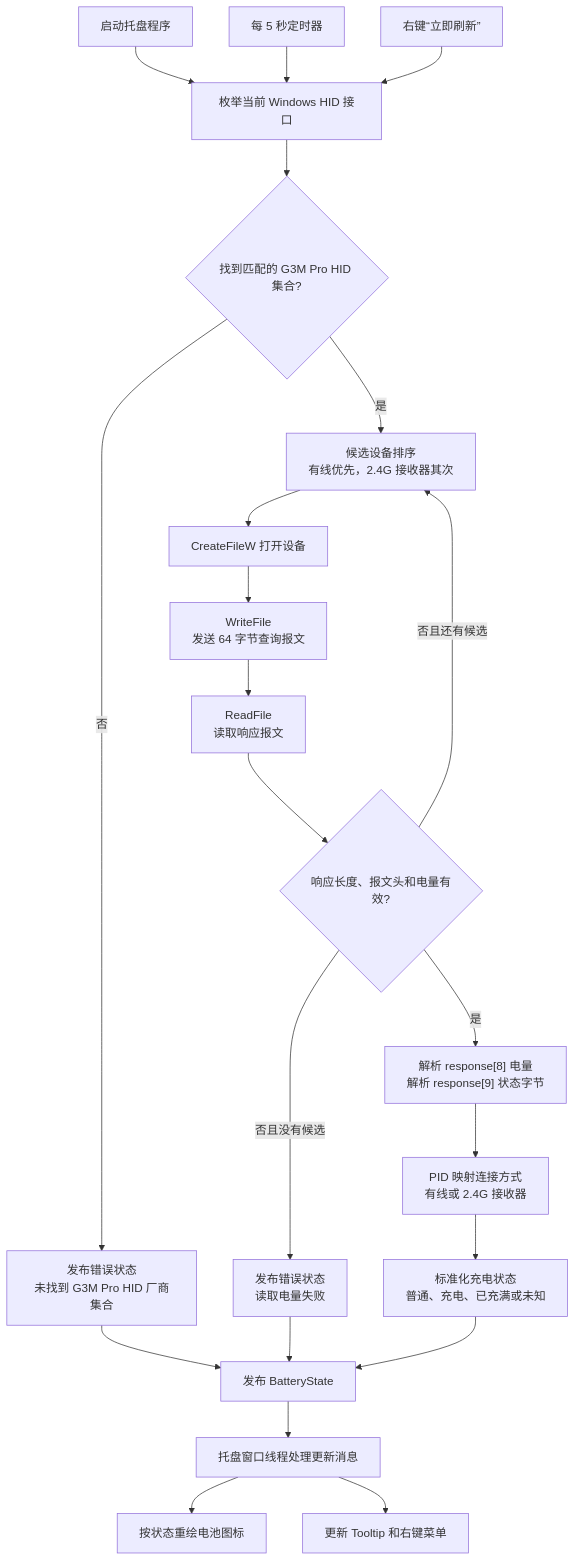
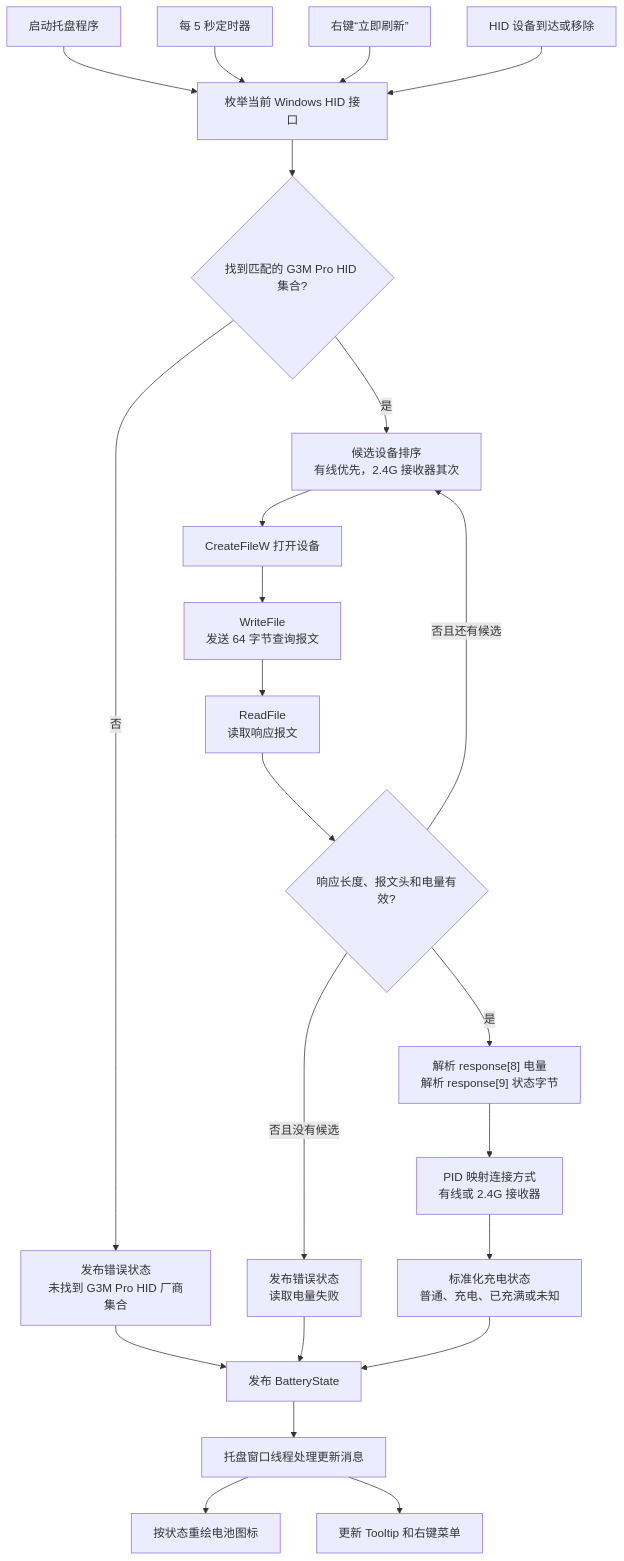
One commit to Sanjeever/g3m-battery changed the diagram in README.md. Above: the diagram before and after it, drawn with Mermaid. The commit also changed other lines of this file, not shown here.

````diff
--- a/README.md
+++ b/README.md
@@ -67,24 +74,25 @@
 ```mermaid
 flowchart TD
     A[启动托盘程序] --> B[枚举当前 Windows HID 接口]
     B --> C{找到匹配的 G3M Pro HID 集合?}
     C -- 否 --> E[发布错误状态<br/>未找到 G3M Pro HID 厂商集合]
     C -- 是 --> D[候选设备排序<br/>有线优先，2.4G 接收器其次]
     D --> F[CreateFileW 打开设备]
     F --> G[WriteFile<br/>发送 64 字节查询报文]
     G --> H[ReadFile<br/>读取响应报文]
     H --> I{响应长度、报文头和电量有效?}
     I -- 否且还有候选 --> D
     I -- 否且没有候选 --> K[发布错误状态<br/>读取电量失败]
     I -- 是 --> L["解析 response[8] 电量<br/>解析 response[9] 状态字节"]
     L --> M[PID 映射连接方式<br/>有线或 2.4G 接收器]
     M --> N[标准化充电状态<br/>普通、充电、已充满或未知]
     N --> O[发布 BatteryState]
     E --> O
     K --> O
     O --> P[托盘窗口线程处理更新消息]
     P --> Q[按状态重绘电池图标]
     P --> R[更新 Tooltip 和右键菜单]
     S[每 5 秒定时器] --> B
     T[右键“立即刷新”] --> B
+    U[HID 设备到达或移除] --> B
 ```
````
